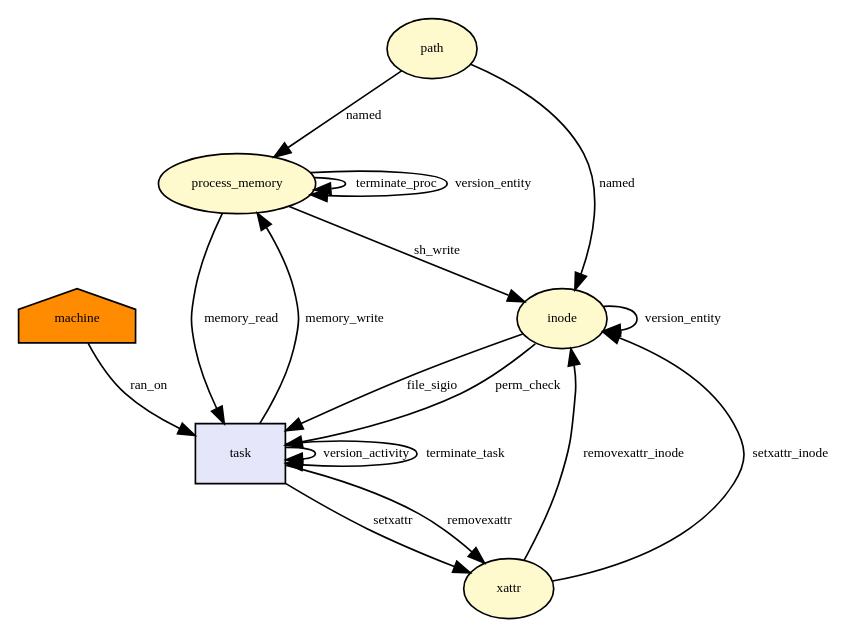
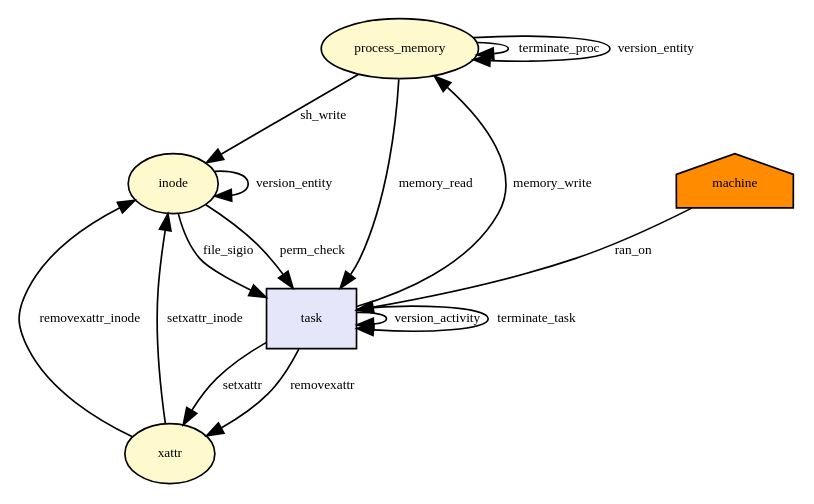
One commit to CamFlow/camflow-dev changed the diagram in docs/dot/__x64_sys_fremovexattr.dot. Above: the diagram before and after it, drawn with Graphviz. The commit also changed 276 other files, not shown here.

```diff
--- a/docs/dot/__x64_sys_fremovexattr.dot
+++ b/docs/dot/__x64_sys_fremovexattr.dot
@@ -1,47 +1,41 @@
 digraph RGL__DirectedAdjacencyGraph {process_memory[fontsize = 8,label = process_memory,shape = ellipse, fillcolor="#fffacd", style = filled]
 
 process_memory -> process_memory[fontsize = 8,label = terminate_proc]
 
 inode[fontsize = 8,label = inode,shape = ellipse, fillcolor="#fffacd", style = filled]
 
 task[fontsize = 8,label = task,shape = rectangle, fillcolor="#e6e6fa", style = filled]
 
 inode -> task[fontsize = 8,label = file_sigio]
 
 task -> process_memory[fontsize = 8,label = memory_write]
 
 task -> task[fontsize = 8,label = version_activity]
 
 process_memory -> process_memory[fontsize = 8,label = version_entity]
 
 process_memory -> inode[fontsize = 8,label = sh_write]
 
 inode -> inode[fontsize = 8,label = version_entity]
 
-path[fontsize = 8,label = path,shape = ellipse, fillcolor="#fffacd", style = filled]
-
-path -> process_memory[fontsize = 8,label = named]
-
 machine[fontsize = 8,label = machine,shape = house, fillcolor="#ff8c00", style = filled]
 
 machine -> task[fontsize = 8,label = ran_on]
 
 inode -> task[fontsize = 8,label = perm_check]
-
-path -> inode[fontsize = 8,label = named]
 
 process_memory -> task[fontsize = 8,label = memory_read]
 
 xattr[fontsize = 8,label = xattr,shape = ellipse, fillcolor="#fffacd", style = filled]
 
 task -> xattr[fontsize = 8,label = setxattr]
 
 xattr -> inode[fontsize = 8,label = setxattr_inode]
 
 task -> xattr[fontsize = 8,label = removexattr]
 
 xattr -> inode[fontsize = 8,label = removexattr_inode]
 
 task -> task[fontsize = 8,label = terminate_task]
 
 }
```
